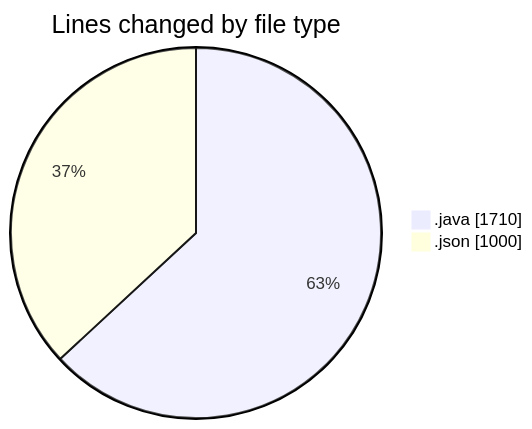
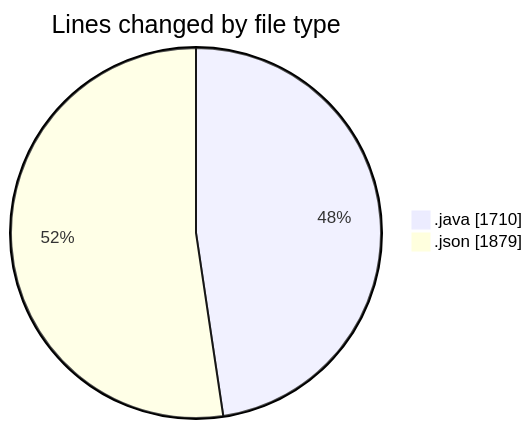
One commit to ricardozamudiocil/code-tracking changed the first of 2 diagrams in 2026-03-17/cilapp/README.md. Above: the diagram before and after it, drawn with Mermaid. The commit also changed other lines of this file and 1 other file, not shown here.

````diff
--- a/2026-03-17/cilapp/README.md
+++ b/2026-03-17/cilapp/README.md
@@ -24,6 +24,6 @@
 ```mermaid
 pie showData
 title Lines changed by file type
 ".java" : 1710
-".json" : 1000
+".json" : 1879
 ```
````
